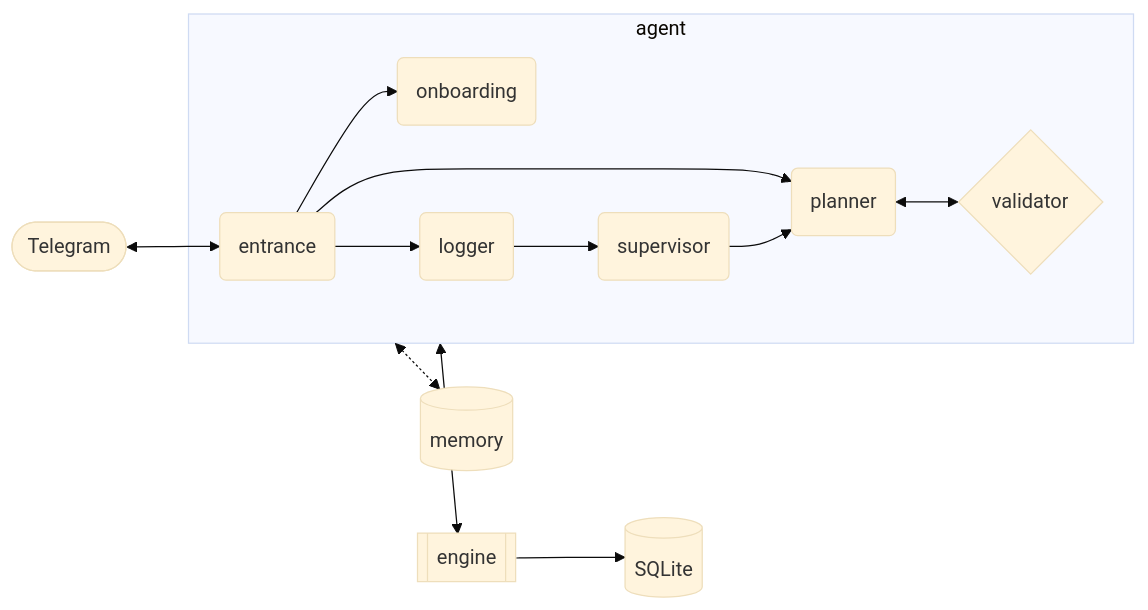
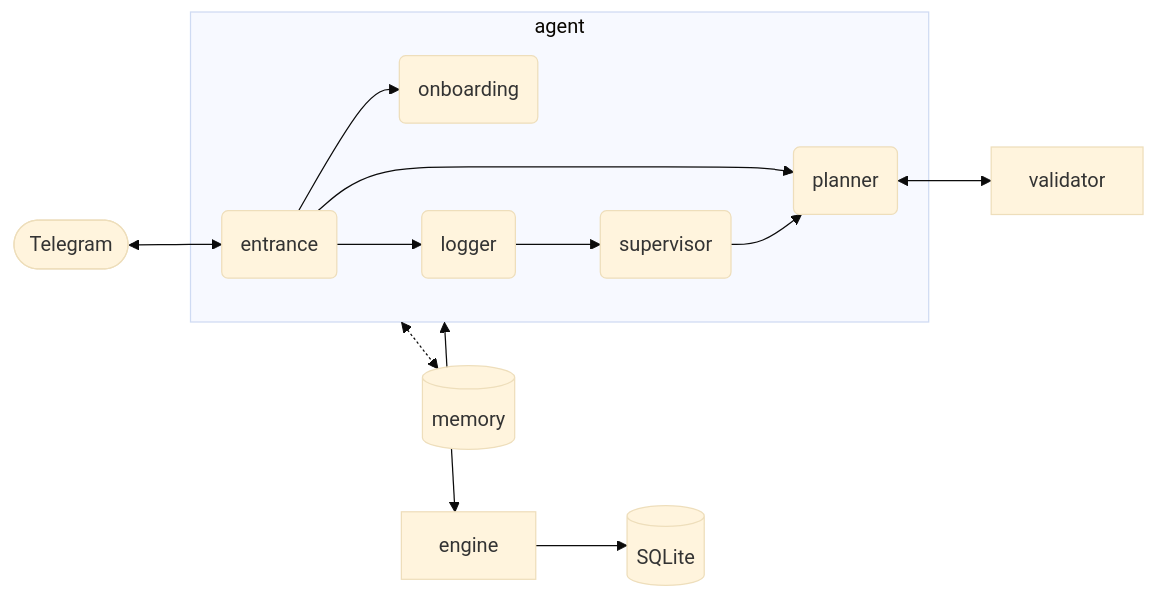
Before and after one commit to danielediodati/REPS: the diagram in README.md, drawn with Mermaid (base theme). The commit also changed other lines of this file, not shown here.

````diff
--- a/README.md
+++ b/README.md
@@ -69,11 +56,11 @@
 ```mermaid
 flowchart LR
   telegram([Telegram]) <--> entrance
   subgraph agent [agent]
     entrance(entrance) --> onboarding(onboarding) & logger(logger) & planner(planner)
     logger --> supervisor(supervisor) --> planner
-    planner <--> validator{validator}
   end
-  agent <--> engine[[engine]] --> db[(SQLite)]
+  planner <--> validator[validator]
+  agent <--> engine[engine] --> db[(SQLite)]
   agent <-.-> store[(memory)]
 ```
````
